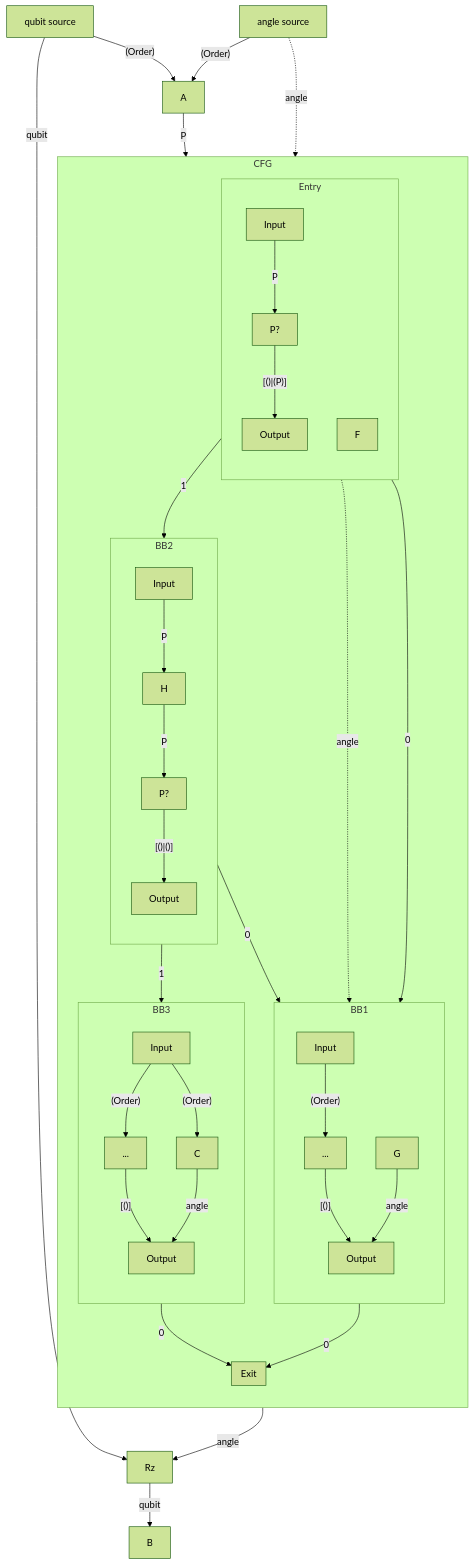
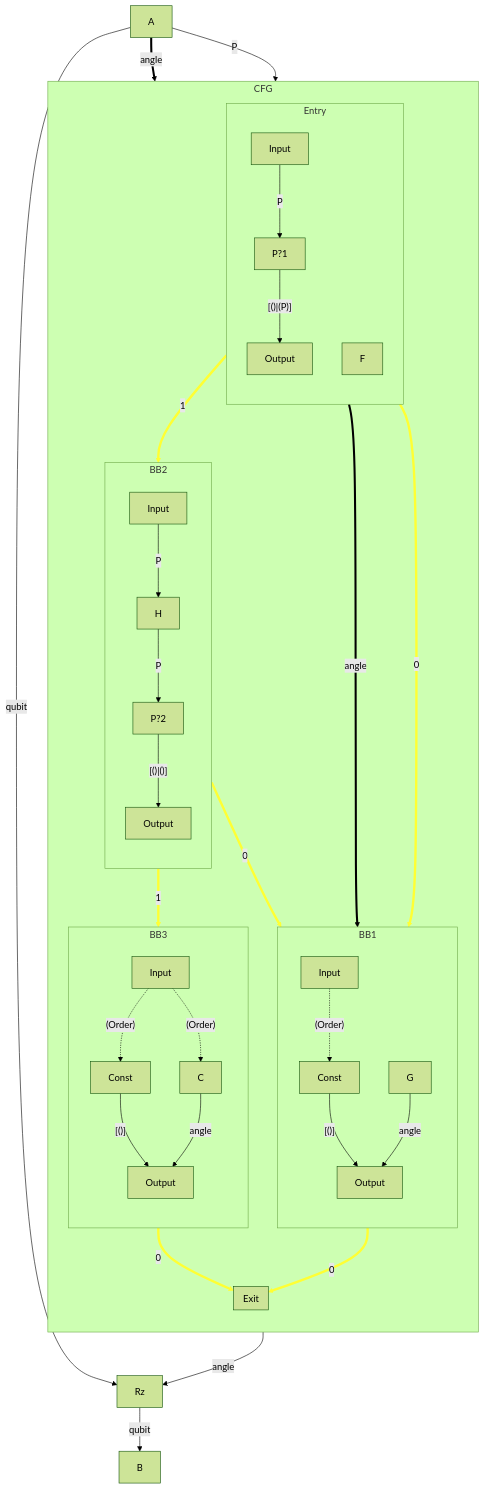
The fifth of 5 diagrams in specification/hugr.md (CQCL/hugr), drawn with Mermaid (forest theme) before and after one commit. The commit also changed other lines of this file, not shown here.

````diff
--- a/specification/hugr.md
+++ b/specification/hugr.md
@@ -661,46 +662,45 @@
 ```mermaid
 flowchart
     subgraph CFG
         direction TB
         subgraph Entry
             direction TB
-            EntryIn["Input"] -- "P" --> Entry_["P?"]
+            EntryIn["Input"] -- "P" --> Entry_["P?1"]
             Entry_ -- "[()|(P)]" --> EntryOut["Output"]
             F
         end
         subgraph BB1
             direction TB
-            BB1In["Input"] -- "(Order)" --> BB1_["..."]
+            BB1In["Input"] -. "(Order)" .-> BB1_["Const"]
             BB1_ -- "[()]" --> BB1Out["Output"]
             G -- "angle" --> BB1Out
         end
         subgraph BB2
             direction TB
-            BB2In["Input"] -- "P" --> H -- "P" --> BB2_["P?"]
+            BB2In["Input"] -- "P" --> H -- "P" --> BB2_["P?2"]
             BB2_ -- "[()|()]" --> BB2Out["Output"]
         end
         subgraph BB3
             direction TB
-            BB3In["Input"] -- "(Order)" --> C
-            BB3In -- "(Order)" --> BB3_["..."]
+            BB3In["Input"] -. "(Order)" .-> C
+            BB3In -. "(Order)" .-> BB3_["Const"]
             BB3_ -- "[()]" --> BB3Out["Output"]
             C -- "angle" --> BB3Out
         end
         subgraph Exit
         end
         Entry -- "0" --> BB1
         Entry -- "1" --> BB2
         BB2 -- "0" --> BB1
         BB2 -- "1" --> BB3
         BB1 -- "0" --> Exit
         BB3 -- "0" --> Exit
     end
     A -- "P" --> CFG
-    Q_pre["qubit source"] -- "qubit" --> Rz_out["Rz"]
+    A -- "qubit" --> Rz_out["Rz"]
     CFG -- "angle" --> Rz_out
     Rz_out -- "qubit" --> B
-    Q_pre -- "(Order)" --> A
-    A_pre["angle source"] -. "angle" .-> F
-    A_pre -- "(Order)" --> A
-    F -. "angle" .-> G
+    A == "angle" ==> F
+    F == "angle" ==> G
+    linkStyle 12,13,14,15,16,17 stroke:#ff3,stroke-width:4px;
 ```
````
